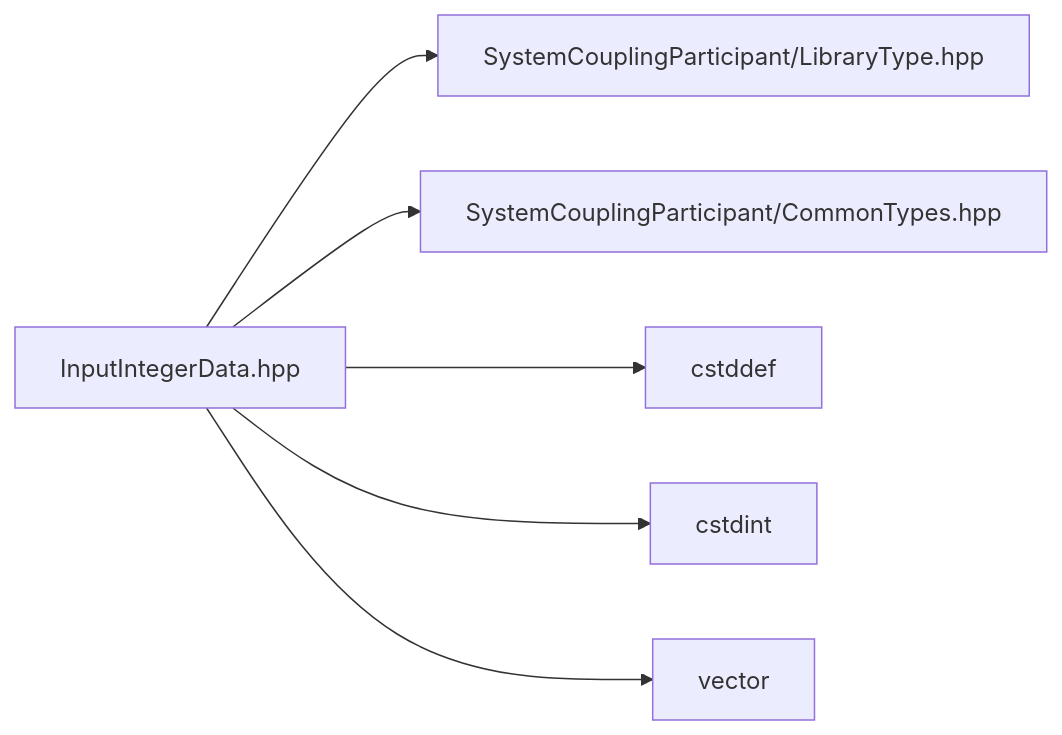
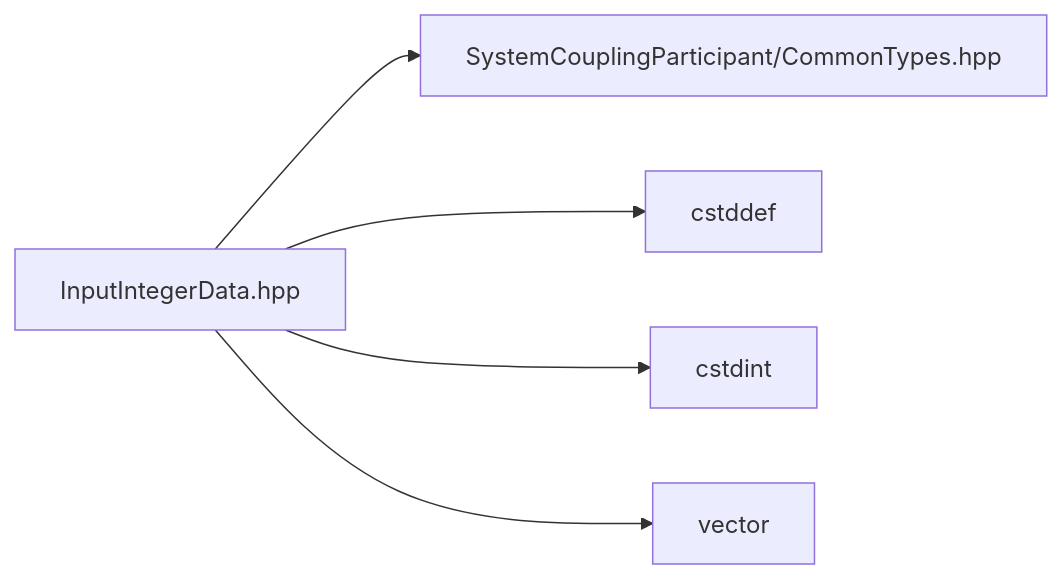
The diagram in 2026R1/system-coupling-26-r1/articles/cpp-reference/InputIntegerData_8hpp.md (ansys/DevRelDocs), drawn with Mermaid before and after one commit. The commit also changed other lines of this file and 377 other files, not shown here.

````diff
--- a/2026R1/system-coupling-26-r1/articles/cpp-reference/InputIntegerData_8hpp.md
+++ b/2026R1/system-coupling-26-r1/articles/cpp-reference/InputIntegerData_8hpp.md
@@ -27,21 +27,18 @@
 ```mermaid
 graph LR
-5["cstdint"]
-
-3["SystemCouplingParticipant/CommonTypes.hpp"]
-
-6["vector"]
-
 1["InputIntegerData.hpp"]
 click 1 "InputIntegerData_8hpp.md#InputIntegerData_8hpp"
 1 --> 2
 1 --> 3
 1 --> 4
 1 --> 5
-1 --> 6
 
-2["SystemCouplingParticipant/LibraryType.hpp"]
+2["SystemCouplingParticipant/CommonTypes.hpp"]
 
-4["cstddef"]
+3["cstddef"]
+
+4["cstdint"]
+
+5["vector"]
 
 ```
````
